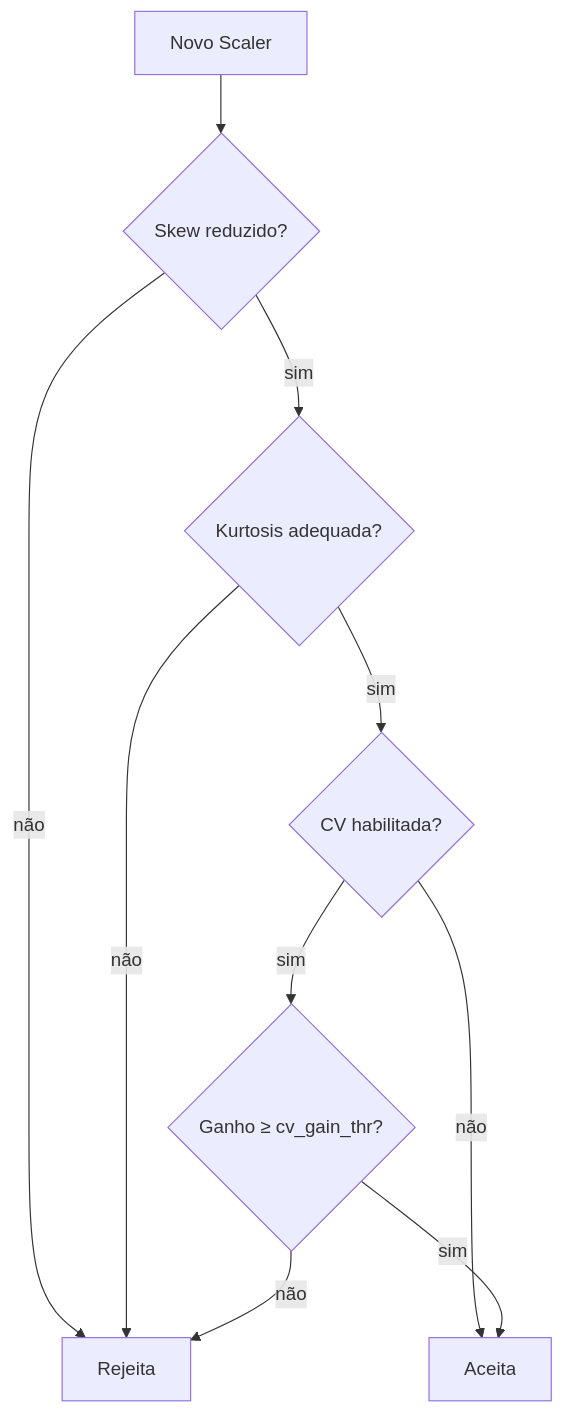
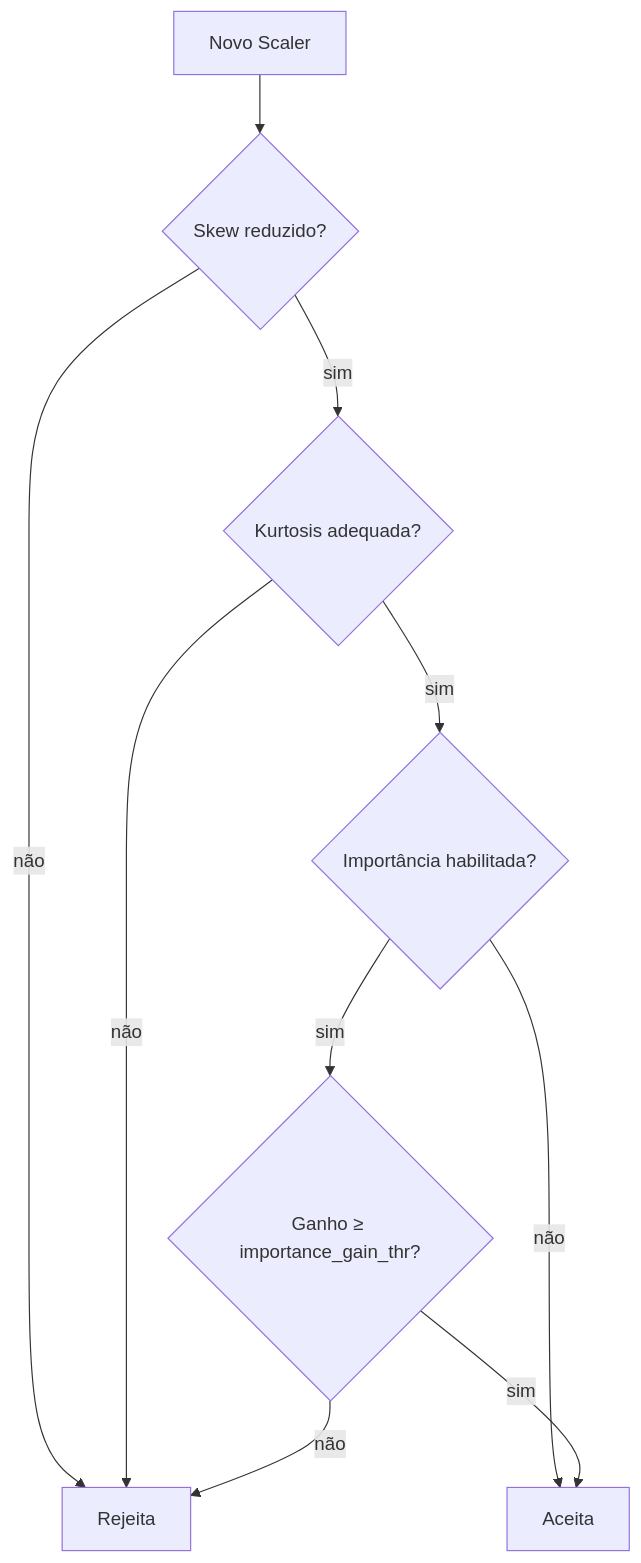
The second of 2 diagrams in README.md (joaaomaia/DynamicScaler), drawn with Mermaid before and after one commit. The commit also changed other lines of this file and 4 other files, not shown here.

````diff
--- a/README.md
+++ b/README.md
@@ -95,12 +96,12 @@
 ```mermaid
 flowchart TD
     A[Novo Scaler] --> B{Skew reduzido?}
     B -- não --> Rejeita
     B -- sim --> C{Kurtosis adequada?}
     C -- não --> Rejeita
-    C -- sim --> D{CV habilitada?}
+    C -- sim --> D{Importância habilitada?}
     D -- não --> Aceita
-    D -- sim --> E{Ganho ≥ cv_gain_thr?}
+    D -- sim --> E{Ganho ≥ importance_gain_thr?}
     E -- sim --> Aceita
     E -- não --> Rejeita
 ```
````
